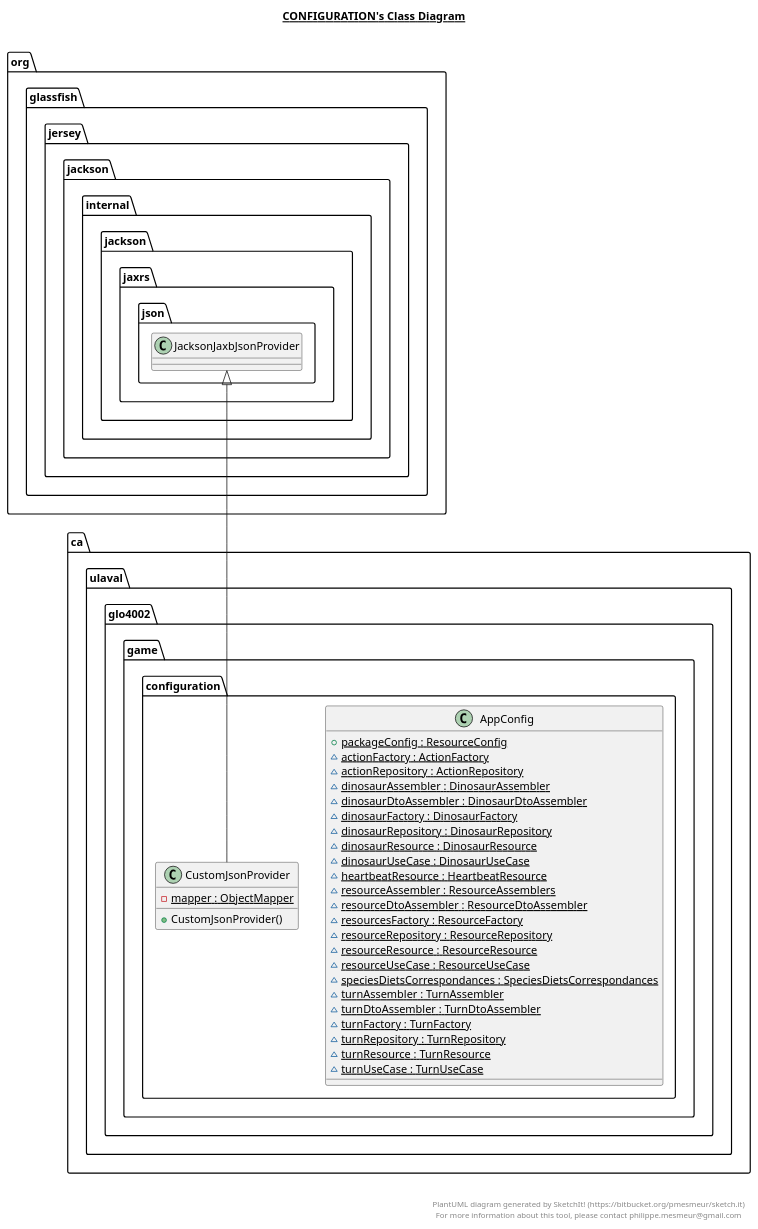
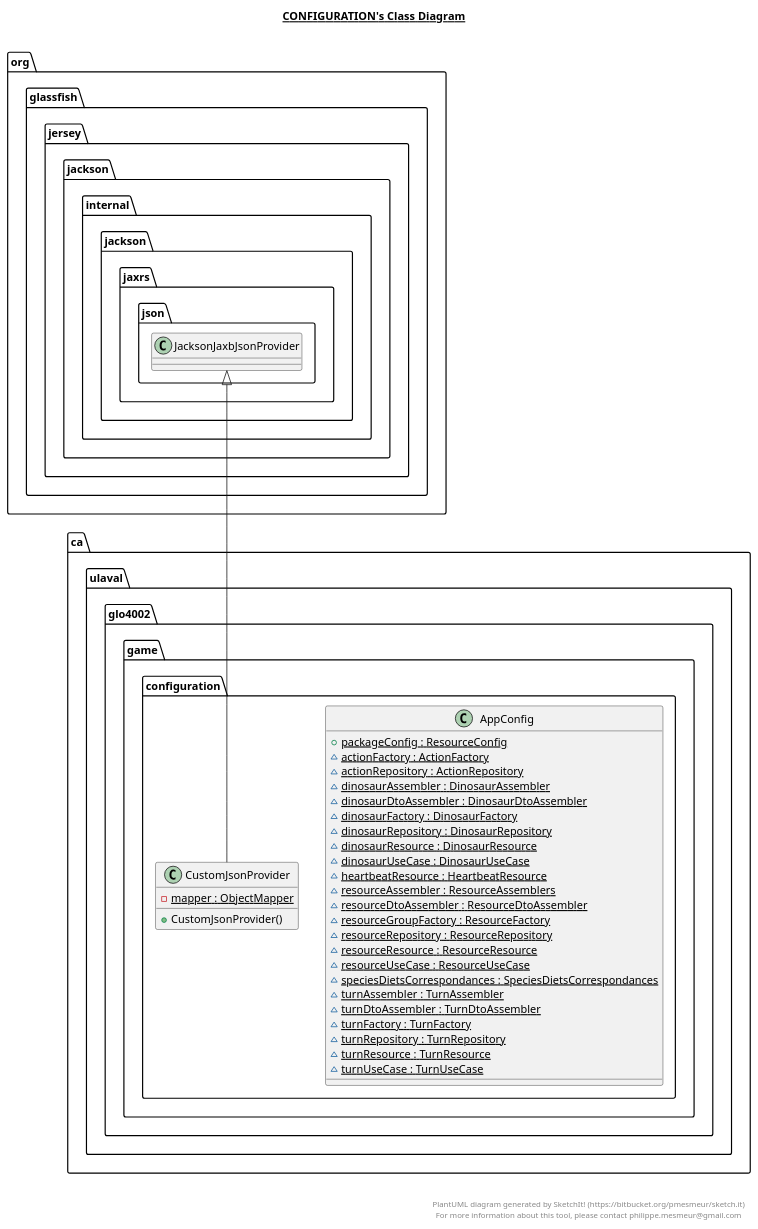
One commit to MALEC321/MEP7 changed the diagram in game-api/src/main/java/ca/ulaval/glo4002/game/configuration/configuration.plantuml. Above: the diagram before and after it, drawn with PlantUML. The commit also changed 26 other files, not shown here.

Commit message:
refactor Resources -> ResourceGroup

```diff
--- a/game-api/src/main/java/ca/ulaval/glo4002/game/configuration/configuration.plantuml
+++ b/game-api/src/main/java/ca/ulaval/glo4002/game/configuration/configuration.plantuml
@@ -1,56 +1,56 @@
 @startuml
 
 title __CONFIGURATION's Class Diagram__\n
 
     namespace ca.ulaval.glo4002.game {
       namespace configuration {
         class ca.ulaval.glo4002.game.configuration.AppConfig {
             {static} + packageConfig : ResourceConfig
             {static} ~ actionFactory : ActionFactory
             {static} ~ actionRepository : ActionRepository
             {static} ~ dinosaurAssembler : DinosaurAssembler
             {static} ~ dinosaurDtoAssembler : DinosaurDtoAssembler
             {static} ~ dinosaurFactory : DinosaurFactory
             {static} ~ dinosaurRepository : DinosaurRepository
             {static} ~ dinosaurResource : DinosaurResource
             {static} ~ dinosaurUseCase : DinosaurUseCase
             {static} ~ heartbeatResource : HeartbeatResource
             {static} ~ resourceAssembler : ResourceAssemblers
             {static} ~ resourceDtoAssembler : ResourceDtoAssembler
-            {static} ~ resourcesFactory : ResourceFactory
+            {static} ~ resourceGroupFactory : ResourceFactory
             {static} ~ resourceRepository : ResourceRepository
             {static} ~ resourceResource : ResourceResource
             {static} ~ resourceUseCase : ResourceUseCase
             {static} ~ speciesDietsCorrespondances : SpeciesDietsCorrespondances
             {static} ~ turnAssembler : TurnAssembler
             {static} ~ turnDtoAssembler : TurnDtoAssembler
             {static} ~ turnFactory : TurnFactory
             {static} ~ turnRepository : TurnRepository
             {static} ~ turnResource : TurnResource
             {static} ~ turnUseCase : TurnUseCase
         }
       }
     }
   
 
     namespace ca.ulaval.glo4002.game {
       namespace configuration {
         class ca.ulaval.glo4002.game.configuration.CustomJsonProvider {
             {static} - mapper : ObjectMapper
             + CustomJsonProvider()
         }
       }
     }
   
 
   ca.ulaval.glo4002.game.configuration.CustomJsonProvider -up-|> org.glassfish.jersey.jackson.internal.jackson.jaxrs.json.JacksonJaxbJsonProvider
 
 
 right footer
 
 
 PlantUML diagram generated by SketchIt! (https://bitbucket.org/pmesmeur/sketch.it)
 For more information about this tool, please contact philippe.mesmeur@gmail.com
 endfooter
 
 @enduml
```
